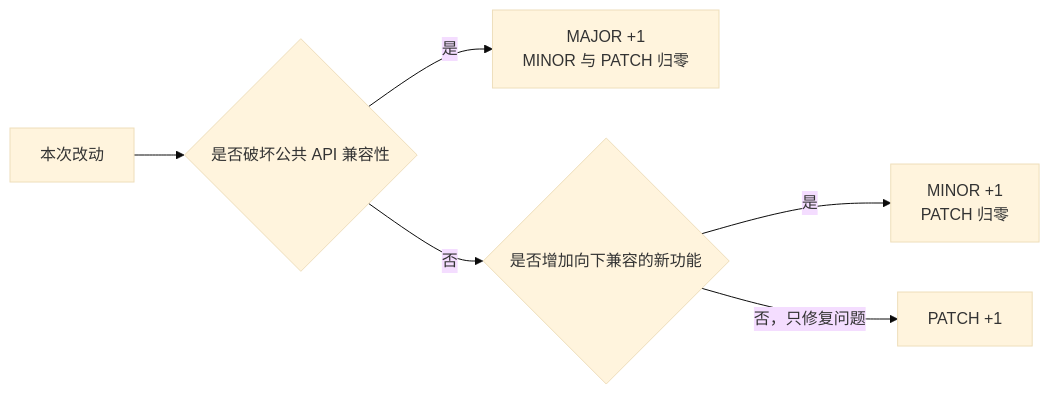
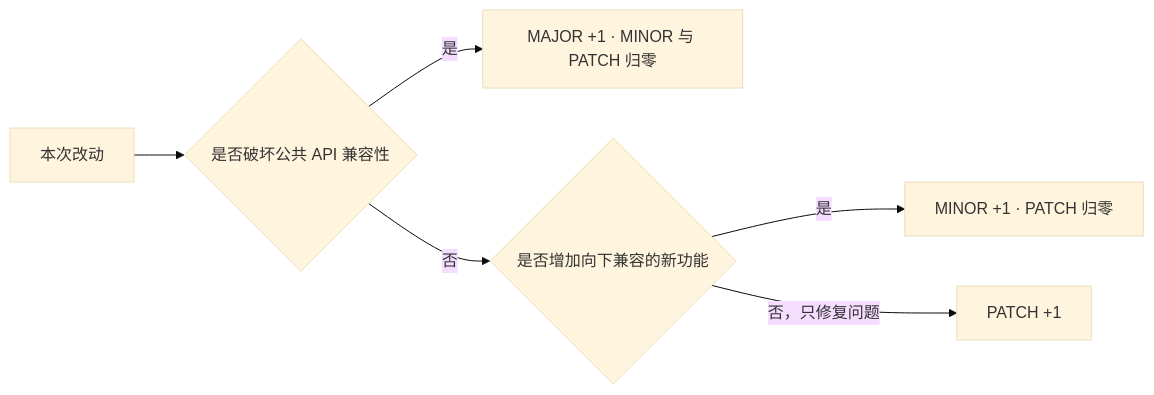
Before and after one commit to AIMFllyYS/Blog-YuSheng: the first of 2 diagrams in content/posts/version-numbering-from-semver-to-0-1-1001/index.md, drawn with Mermaid (base theme). The commit also changed other lines of this file and 24 other files, not shown here.

````diff
--- a/content/posts/version-numbering-from-semver-to-0-1-1001/index.md
+++ b/content/posts/version-numbering-from-semver-to-0-1-1001/index.md
@@ -118,8 +118,8 @@
 ```mermaid
 flowchart LR
   A[本次改动] --> B{是否破坏公共 API 兼容性}
-  B -->|是| C[MAJOR +1<br/>MINOR 与 PATCH 归零]
+  B -->|是| C["MAJOR +1 · MINOR 与 PATCH 归零"]
   B -->|否| D{是否增加向下兼容的新功能}
-  D -->|是| E[MINOR +1<br/>PATCH 归零]
+  D -->|是| E["MINOR +1 · PATCH 归零"]
   D -->|否，只修复问题| F[PATCH +1]
 ```
````
